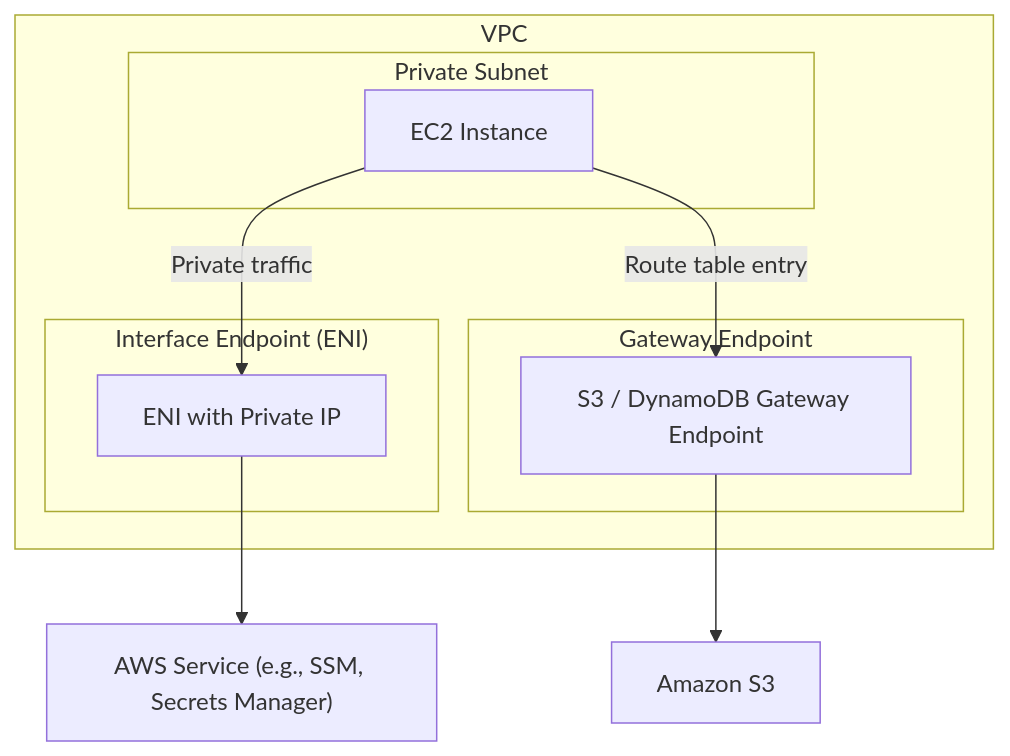
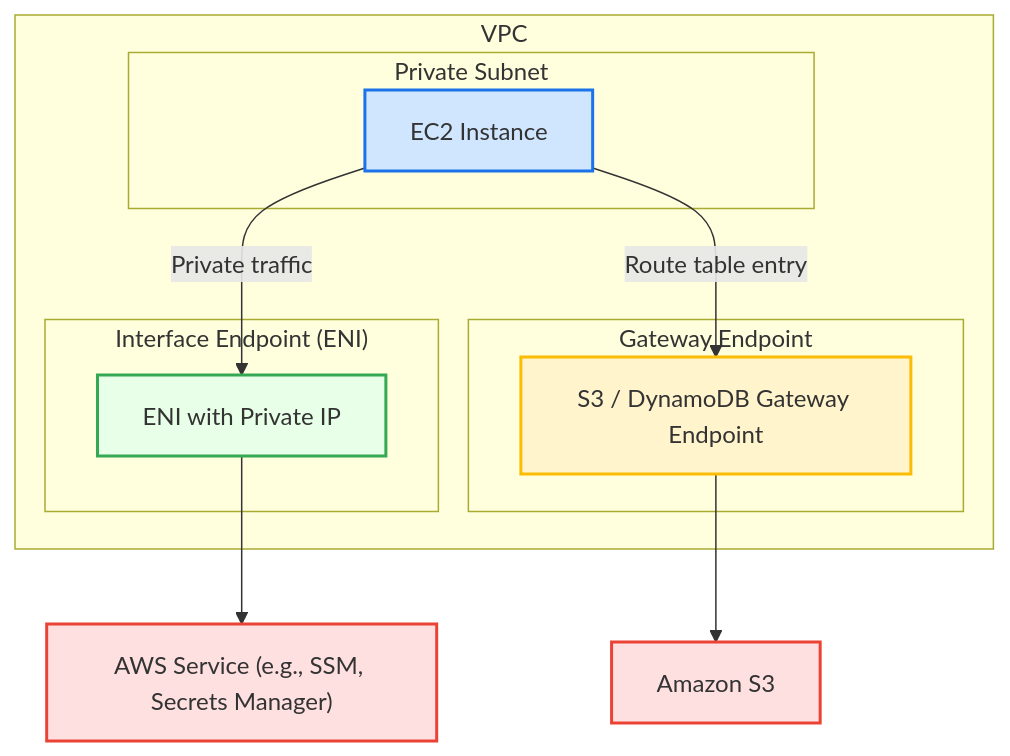
The third of 3 diagrams in content/posts/training/AWS/2026-aws-solutions-architect/70-vpc-saac03/index.md (rtdevx/rtdevx.github.io), drawn with Mermaid before and after one commit.

Commit message:
Obsidian sync: 2026-06-17 15:33:10

```diff
--- a/content/posts/training/AWS/2026-aws-solutions-architect/70-vpc-saac03/index.md
+++ b/content/posts/training/AWS/2026-aws-solutions-architect/70-vpc-saac03/index.md
@@ -283,31 +283,41 @@
 {{< mermaid >}}
 
 flowchart TB
 
+    %% Nodes
     subgraph VPC["VPC"]
-
         subgraph PrivateSubnet["Private Subnet"]
             EC2["EC2 Instance"]
         end
 
         subgraph EndpointENI["Interface Endpoint (ENI)"]
             ENI1["ENI with Private IP"]
         end
 
         subgraph GatewayEndpoint["Gateway Endpoint"]
             GWEP["S3 / DynamoDB Gateway Endpoint"]
         end
-
     end
 
     AWSService["AWS Service (e.g., SSM, Secrets Manager)"]
     S3["Amazon S3"]
 
     %% Traffic flows
     EC2 -->|Private traffic| ENI1
     ENI1 --> AWSService
 
     EC2 -->|Route table entry| GWEP
     GWEP --> S3
 
+    %% Colour coding
+    classDef ec2 fill:#d0e6ff,stroke:#1a73e8,stroke-width:2px;
+    classDef eni fill:#e8ffe8,stroke:#34a853,stroke-width:2px;
+    classDef gw fill:#fff4cc,stroke:#fbbc04,stroke-width:2px;
+    classDef svc fill:#ffe0e0,stroke:#ea4335,stroke-width:2px;
+
+    class EC2 ec2;
+    class ENI1 eni;
+    class GWEP gw;
+    class AWSService,S3 svc;
+
 {{< /mermaid >}}
```
